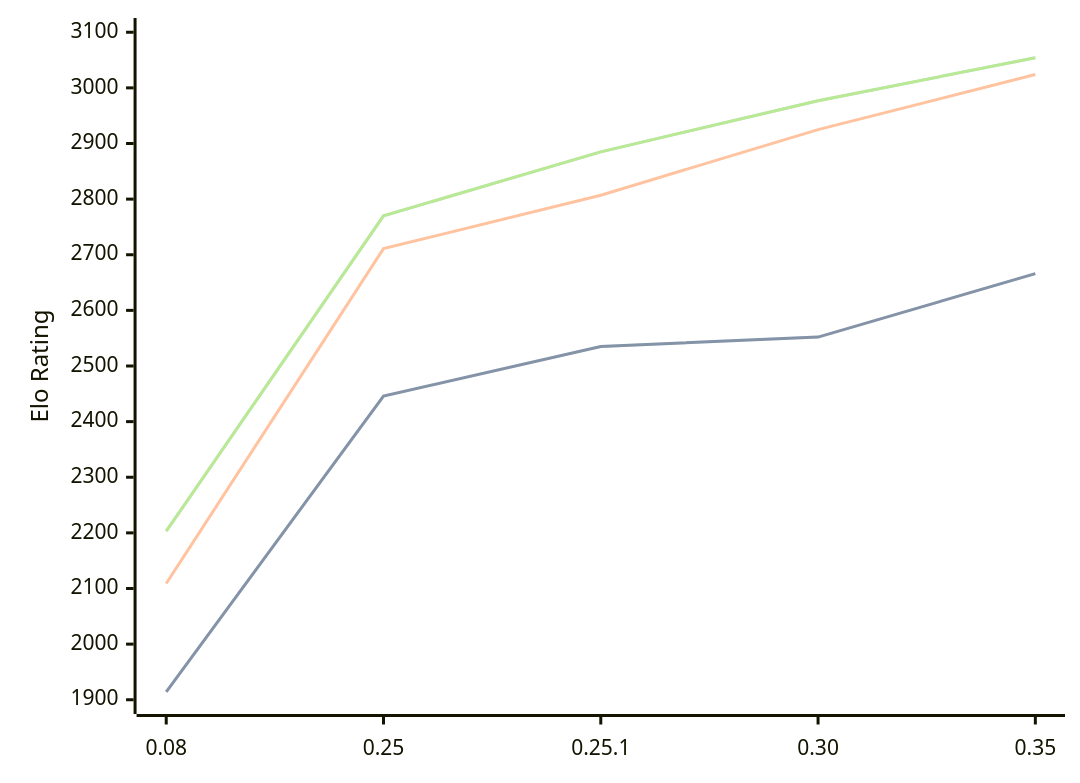
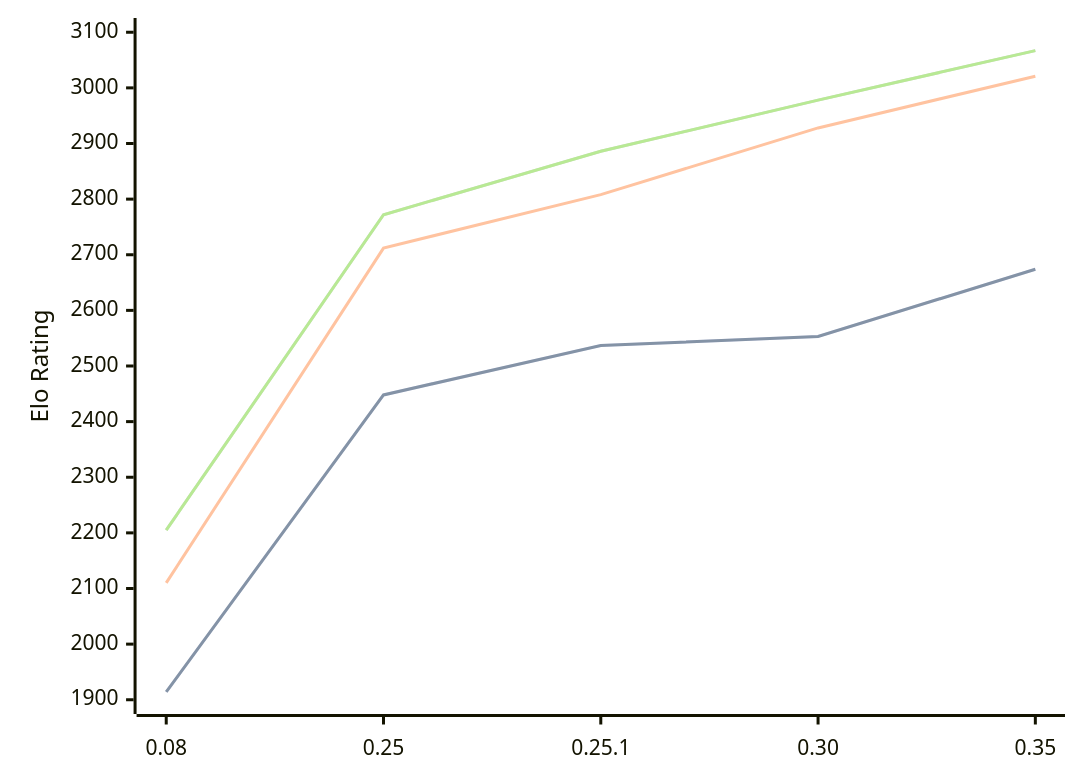
One commit to computer-chess-index/cci changed the diagram in engines/Gecko.md. Above: the diagram before and after it, drawn with Mermaid. The commit also changed other lines of this file, not shown here.

Commit message:
Update CCI Ratings (ELO VLTC) - 2026-05-16

````diff
--- a/engines/Gecko.md
+++ b/engines/Gecko.md
@@ -35,11 +35,11 @@
 ```mermaid
 %%{init: {"theme":"base","themeVariables":{"seriesColors:['#a3a3a3','#222221','#faa371']}}}%%
 xychart-beta
   x-axis ["0.08", "0.25", "0.25.1", "0.30", "0.35"]
   y-axis "Elo Rating" 1900 --> 3100
-  line "STC (8.0+0.08s)" [1914, 2446, 2535, 2552, 2666]
-  line "STC (8.0+0.08s)" [1914, 2446, 2535, 2552, 2666]
-  line "LTC (60.0+0.60s)" [2109, 2711, 2807, 2925, 3024]
-  line "VLTC (2m24s+1.12s)" [2203, 2770, 2885, 2977, 3054]
-  line "VLTC (2m24s+1.12s)" [2203, 2770, 2885, 2977, 3054]
+  line "STC (8.0+0.08s)" [1914, 2448, 2537, 2553, 2674]
+  line "STC (8.0+0.08s)" [1914, 2448, 2537, 2553, 2674]
+  line "LTC (60.0+0.60s)" [2110, 2712, 2808, 2928, 3021]
+  line "VLTC (2m24s+1.12s)" [2205, 2772, 2886, 2978, 3067]
+  line "VLTC (2m24s+1.12s)" [2205, 2772, 2886, 2978, 3067]
 ```
````
